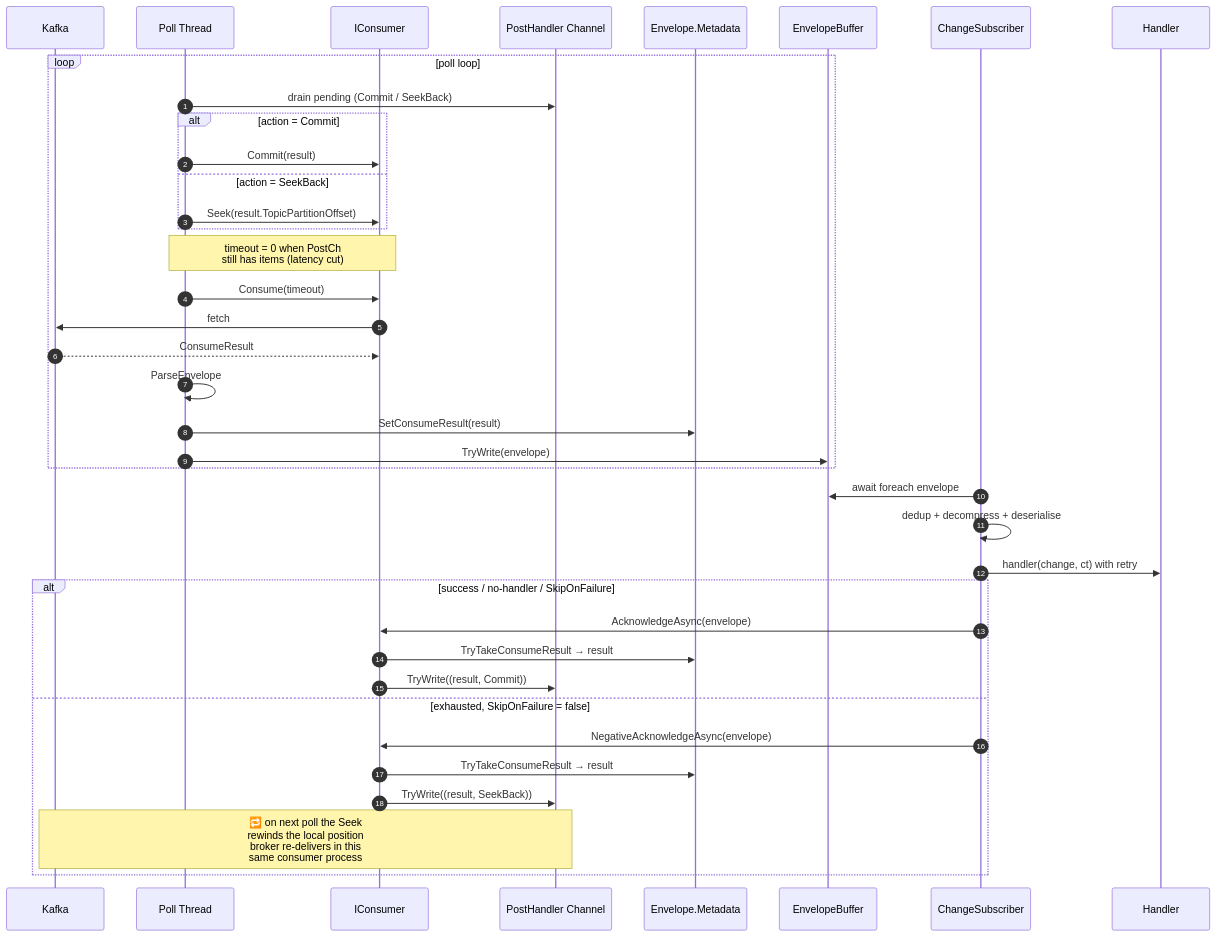
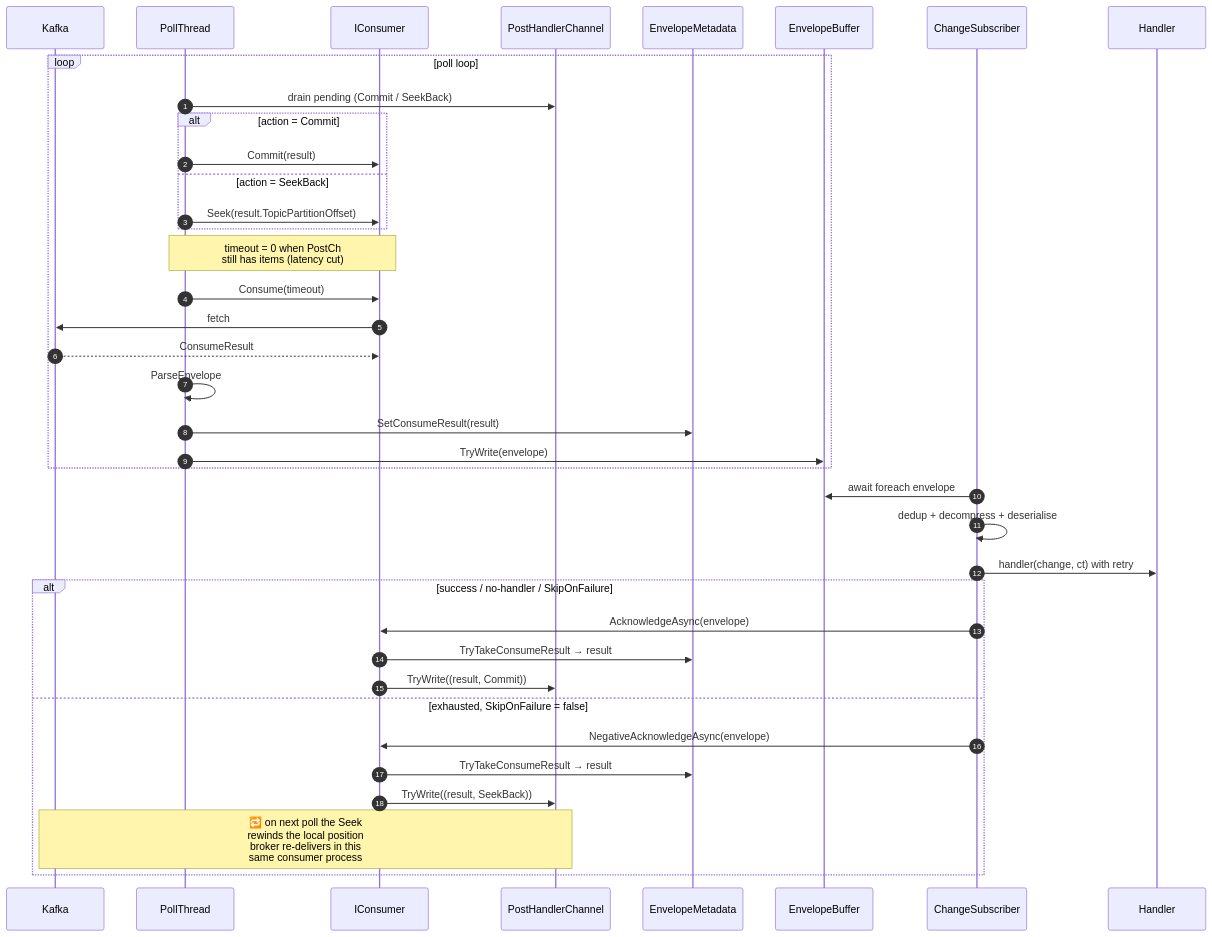
The fourth of 5 diagrams in src/RayTree.Plugins.Kafka/README.md (bitc0der/RayTree), drawn with Mermaid before and after one commit. The commit also changed other lines of this file and 1 other file, not shown here.

Commit message:
Fix for pub diagram

````diff
--- a/src/RayTree.Plugins.Kafka/README.md
+++ b/src/RayTree.Plugins.Kafka/README.md
@@ -223,45 +223,45 @@
 ```mermaid
 sequenceDiagram
     autonumber
     participant Broker as Kafka
-    participant Poll as Poll Thread
+    participant Poll as PollThread
     participant Cons as IConsumer
-    participant PostCh as PostHandler Channel
-    participant Meta as Envelope.Metadata
+    participant PostCh as PostHandlerChannel
+    participant Meta as EnvelopeMetadata
     participant Buf as EnvelopeBuffer
     participant Sub as ChangeSubscriber
     participant H as Handler
 
     loop poll loop
         Poll->>PostCh: drain pending (Commit / SeekBack)
         alt action = Commit
             Poll->>Cons: Commit(result)
         else action = SeekBack
             Poll->>Cons: Seek(result.TopicPartitionOffset)
         end
 
         Note over Poll,Cons: timeout = 0 when PostCh<br/>still has items (latency cut)
 
         Poll->>Cons: Consume(timeout)
         Cons->>Broker: fetch
         Broker-->>Cons: ConsumeResult
         Poll->>Poll: ParseEnvelope
         Poll->>Meta: SetConsumeResult(result)
         Poll->>Buf: TryWrite(envelope)
     end
 
     Sub->>Buf: await foreach envelope
     Sub->>Sub: dedup + decompress + deserialise
     Sub->>H: handler(change, ct) with retry
 
     alt success / no-handler / SkipOnFailure
         Sub->>Cons: AcknowledgeAsync(envelope)
         Cons->>Meta: TryTakeConsumeResult → result
         Cons->>PostCh: TryWrite((result, Commit))
     else exhausted, SkipOnFailure = false
         Sub->>Cons: NegativeAcknowledgeAsync(envelope)
         Cons->>Meta: TryTakeConsumeResult → result
         Cons->>PostCh: TryWrite((result, SeekBack))
         Note over PostCh,Broker: 🔁 on next poll the Seek<br/>rewinds the local position<br/>broker re-delivers in this<br/>same consumer process
     end
 ```
````
